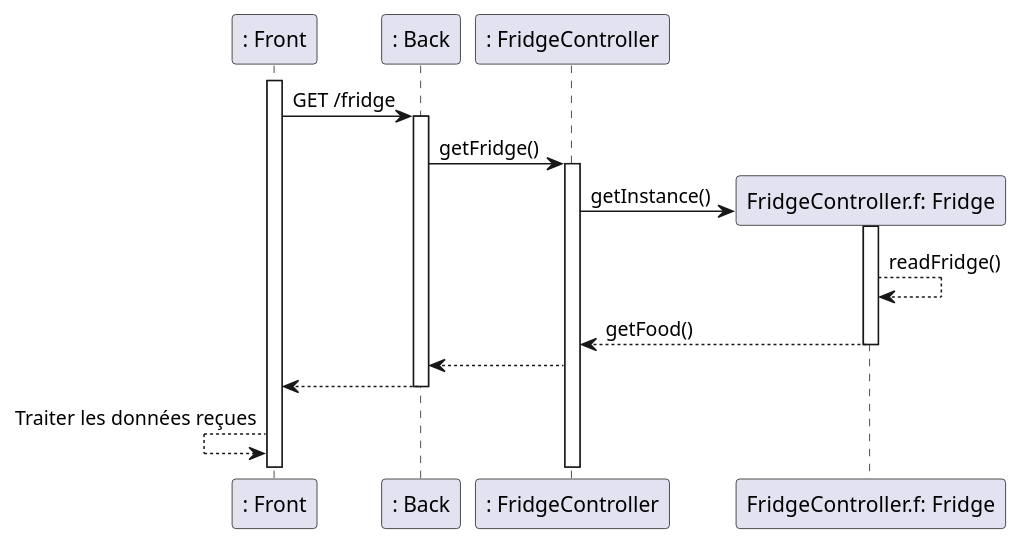
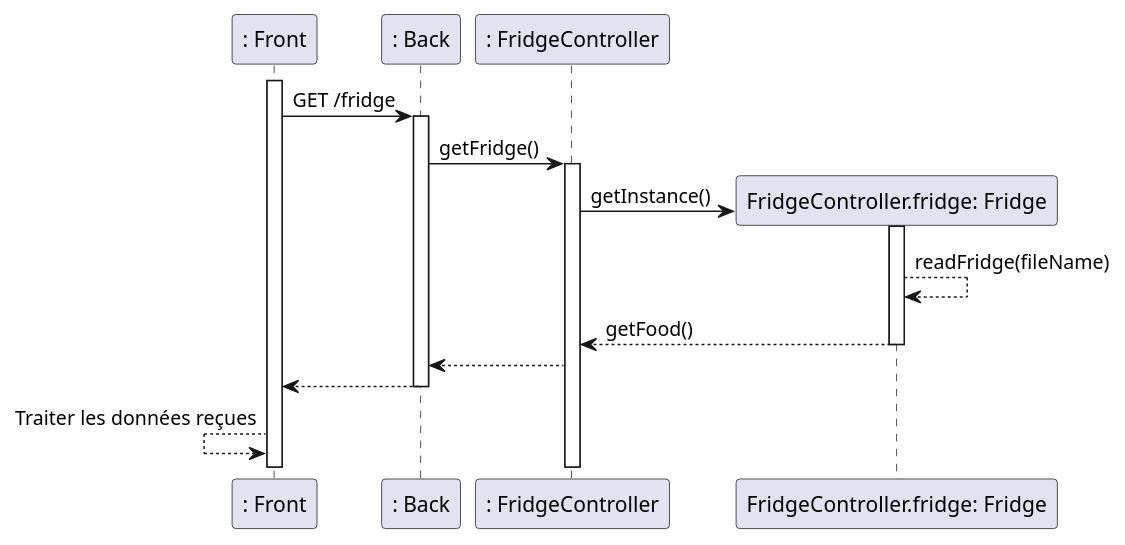
Before and after one commit to romainvacheret/wadge-backend: the diagram in docs/diagram/sequence/getFridge.puml, drawn with PlantUML. The commit also changed 5 other files, not shown here.

Commit message:
docs: add precision to diagrams

```diff
--- a/docs/diagram/sequence/getFridge.puml
+++ b/docs/diagram/sequence/getFridge.puml
@@ -1,22 +1,22 @@
 @startuml getFridge
 participant ": Front" as ft
 participant ": Back" as bk
 participant ": FridgeController" as fc
 
 activate ft
 ft -> bk: GET /fridge
 activate bk
 bk -> fc: getFridge()
 activate fc
-create "FridgeController.f: Fridge" as f
+create "FridgeController.fridge: Fridge" as f
 fc -> f: getInstance()
 activate f
-f --> f: readFridge()
+f --> f: readFridge(fileName)
 f --> fc: getFood()
 deactivate f
 fc --> bk
 bk --> ft
 deactivate bk
 ft <-- ft: Traiter les données reçues
 
 @enduml
```
